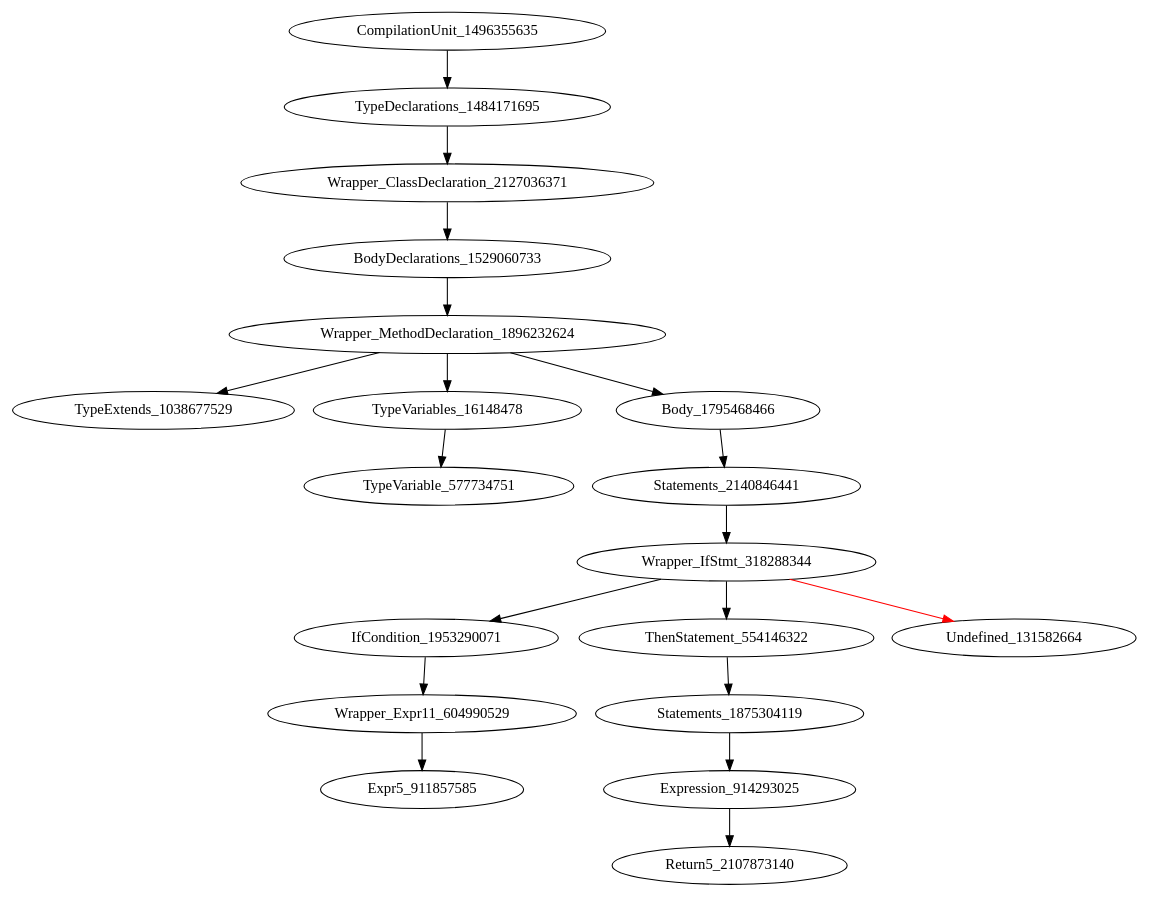
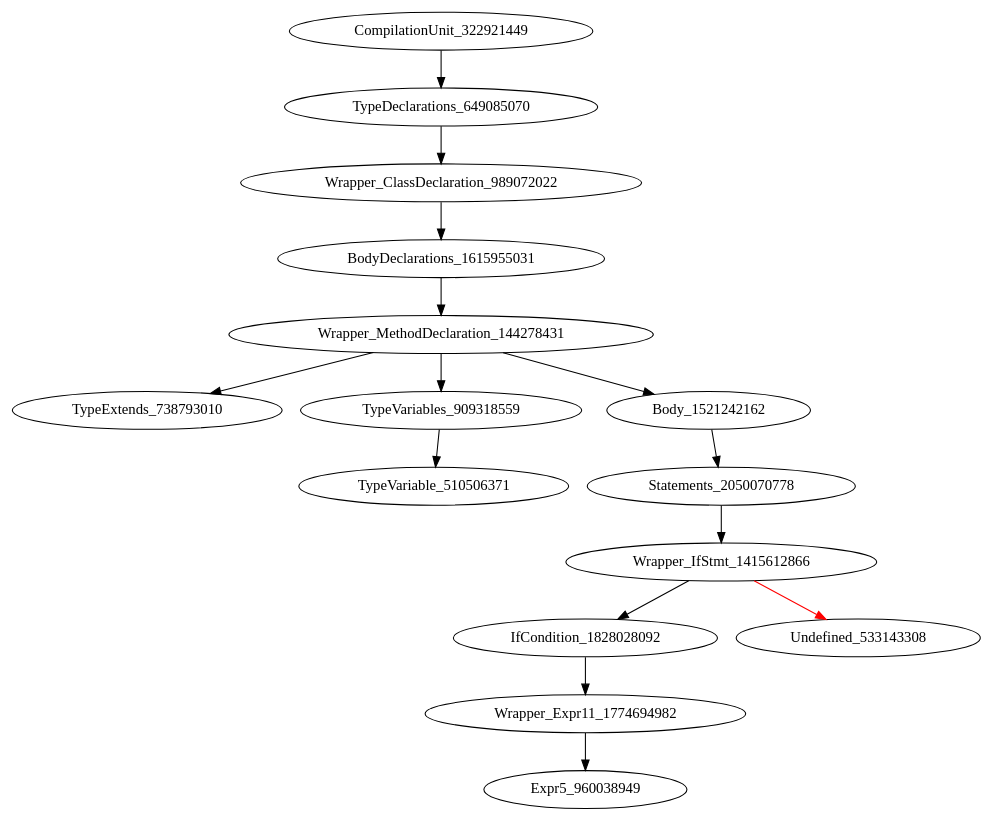
The diagram in holeAST.dot (icse2023material/VoiceJava), drawn with Graphviz before and after one commit. The commit also changed 3 other files, not shown here.

```diff
--- a/holeAST.dot
+++ b/holeAST.dot
@@ -1,20 +1,16 @@
 digraph {
-CompilationUnit_1496355635 -> TypeDeclarations_1484171695
-TypeDeclarations_1484171695 -> Wrapper_ClassDeclaration_2127036371
-Wrapper_ClassDeclaration_2127036371 -> BodyDeclarations_1529060733
-BodyDeclarations_1529060733 -> Wrapper_MethodDeclaration_1896232624
-Wrapper_MethodDeclaration_1896232624 -> TypeExtends_1038677529
-Wrapper_MethodDeclaration_1896232624 -> TypeVariables_16148478
-Wrapper_MethodDeclaration_1896232624 -> Body_1795468466
-TypeVariables_16148478 -> TypeVariable_577734751
-Body_1795468466 -> Statements_2140846441
-Statements_2140846441 -> Wrapper_IfStmt_318288344
-Wrapper_IfStmt_318288344 -> IfCondition_1953290071
-Wrapper_IfStmt_318288344 -> ThenStatement_554146322
-Wrapper_IfStmt_318288344 -> Undefined_131582664 [color = red] 
-IfCondition_1953290071 -> Wrapper_Expr11_604990529
-ThenStatement_554146322 -> Statements_1875304119
-Wrapper_Expr11_604990529 -> Expr5_911857585
-Statements_1875304119 -> Expression_914293025
-Expression_914293025 -> Return5_2107873140
+CompilationUnit_322921449 -> TypeDeclarations_649085070
+TypeDeclarations_649085070 -> Wrapper_ClassDeclaration_989072022
+Wrapper_ClassDeclaration_989072022 -> BodyDeclarations_1615955031
+BodyDeclarations_1615955031 -> Wrapper_MethodDeclaration_144278431
+Wrapper_MethodDeclaration_144278431 -> TypeExtends_738793010
+Wrapper_MethodDeclaration_144278431 -> TypeVariables_909318559
+Wrapper_MethodDeclaration_144278431 -> Body_1521242162
+TypeVariables_909318559 -> TypeVariable_510506371
+Body_1521242162 -> Statements_2050070778
+Statements_2050070778 -> Wrapper_IfStmt_1415612866
+Wrapper_IfStmt_1415612866 -> IfCondition_1828028092
+Wrapper_IfStmt_1415612866 -> Undefined_533143308 [color = red] 
+IfCondition_1828028092 -> Wrapper_Expr11_1774694982
+Wrapper_Expr11_1774694982 -> Expr5_960038949
 }
```
